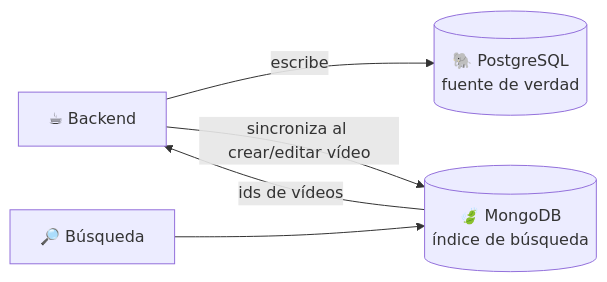
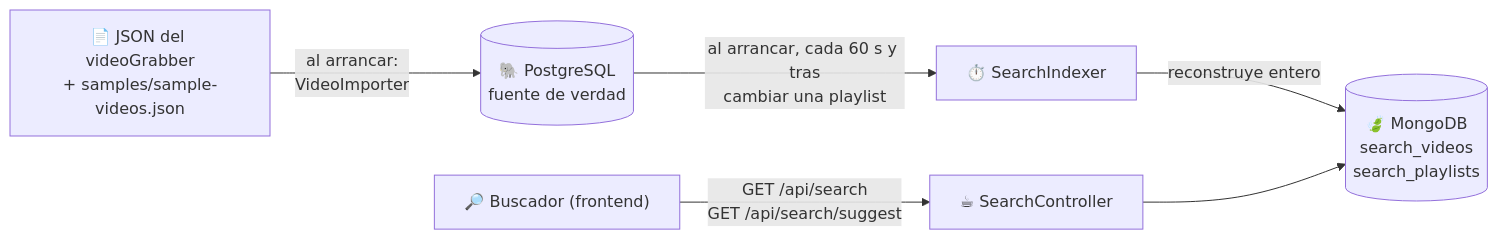
Before and after one commit to Criiiss/protube_labG2: diagram 11 of 11 in docs/DATABASE.md, drawn with Mermaid. The commit also changed other lines of this file and 38 other files, not shown here.

Commit message:
Search Bar with MongoDb implemented

````diff
--- a/docs/DATABASE.md
+++ b/docs/DATABASE.md
@@ -574,7 +645,8 @@
 ```mermaid
 flowchart LR
-    BE["☕ Backend"] -->|escribe| PG[("🐘 PostgreSQL<br/>fuente de verdad")]
-    BE -->|sincroniza al crear/editar vídeo| MG[("🍃 MongoDB<br/>índice de búsqueda")]
-    S["🔎 Búsqueda"] --> MG
-    MG -->|ids de vídeos| BE
+    GR["📄 JSON del videoGrabber<br/>+ samples/sample-videos.json"] -->|"al arrancar:<br/>VideoImporter"| PG
+    PG[("🐘 PostgreSQL<br/>fuente de verdad")] -->|"al arrancar, cada 60 s y tras<br/>cambiar una playlist"| IX["⏱️ SearchIndexer"]
+    IX -->|"reconstruye entero"| MG[("🍃 MongoDB<br/>search_videos<br/>search_playlists")]
+    FE["🔎 Buscador (frontend)"] -->|"GET /api/search<br/>GET /api/search/suggest"| SC["☕ SearchController"]
+    SC --> MG
 ```
````
